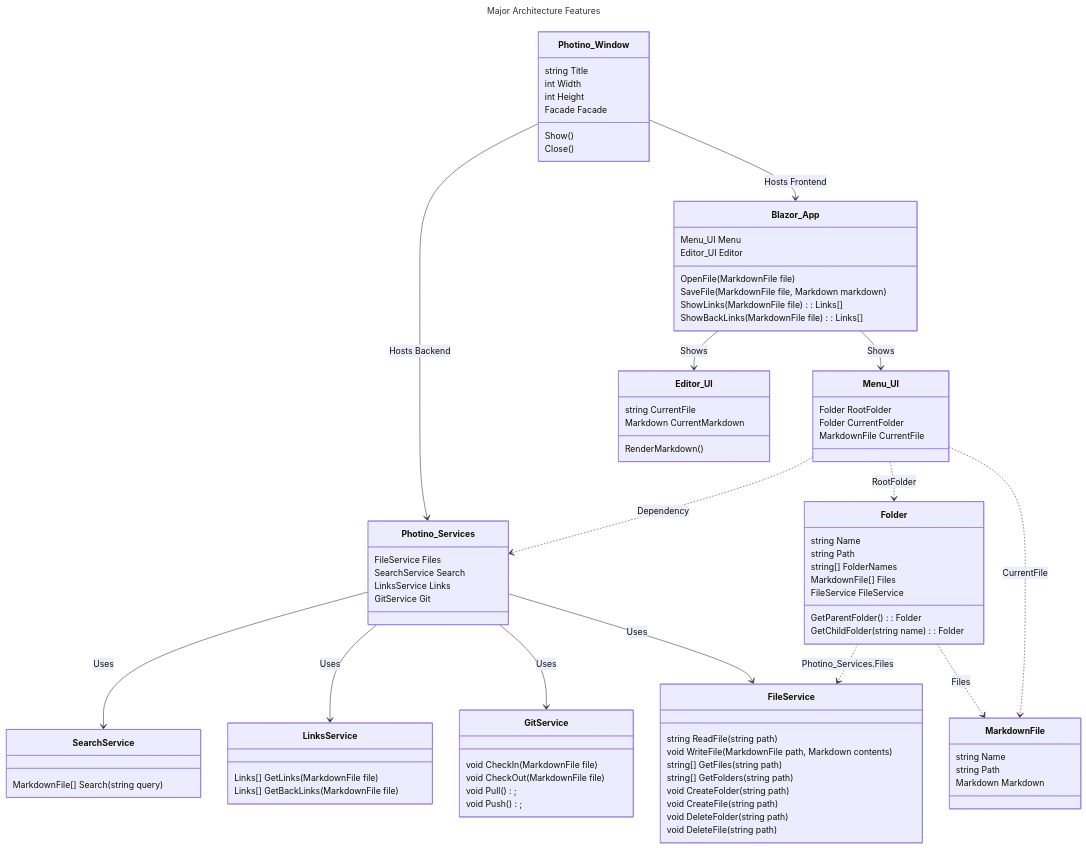
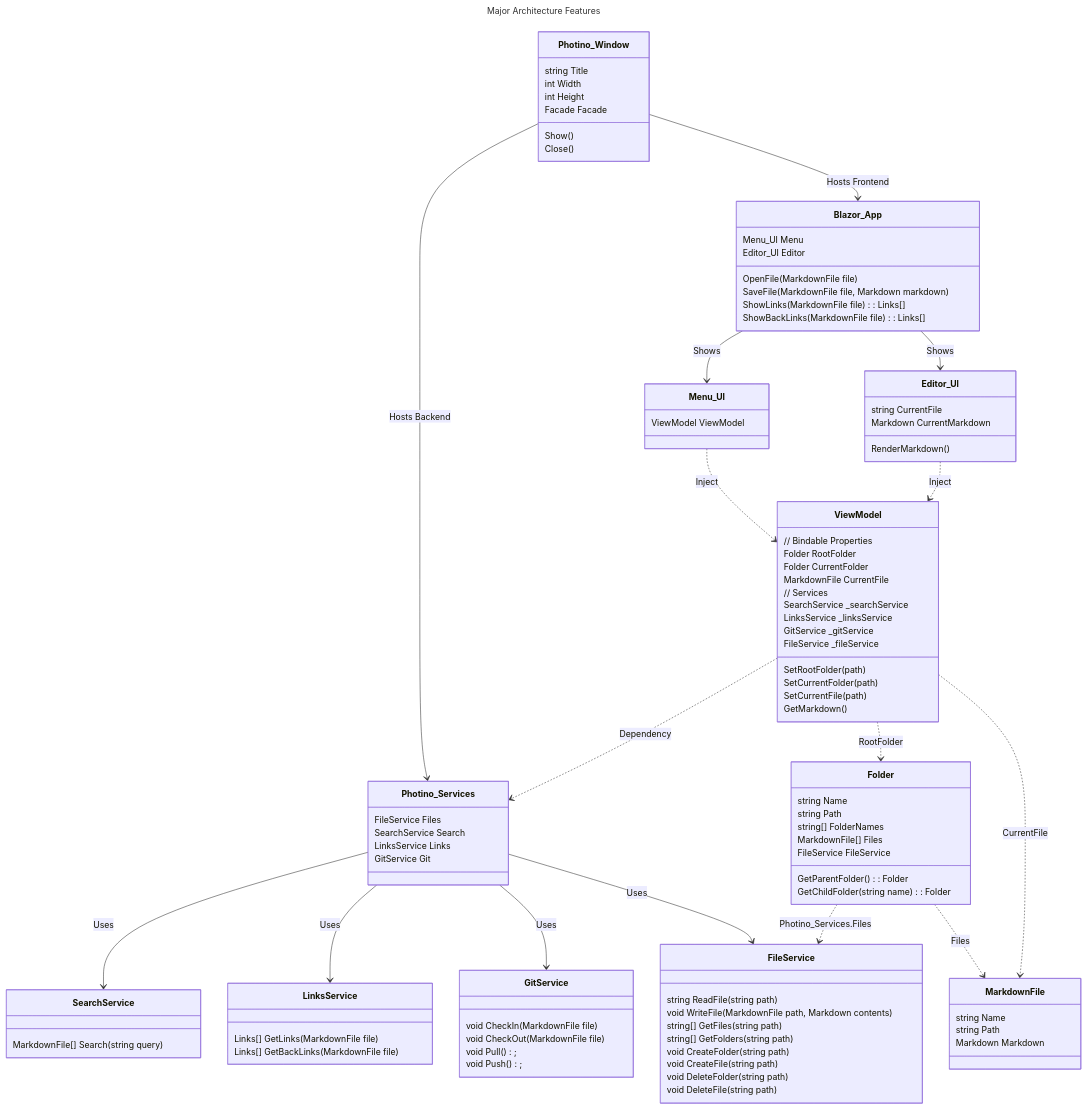
The diagram in Design/core-architecture-classes.md (Seth-Ewer/MkDown-Office), drawn with Mermaid before and after one commit. The commit also changed 4 other files, not shown here.

Commit message:
Stubs for ViewModel

```diff
--- a/Design/core-architecture-classes.md
+++ b/Design/core-architecture-classes.md
@@ -42,7 +42,25 @@
   GitService Git
 }
 Photino_Window --> Photino_Services : Hosts Backend
-Menu_UI ..> Photino_Services : Dependency
+ViewModel ..> Photino_Services : Dependency
+
+class ViewModel {
+  // Bindable Properties
+  Folder RootFolder
+  Folder CurrentFolder
+  MarkdownFile CurrentFile  
+  // Services
+  SearchService _searchService
+  LinksService _linksService
+  GitService _gitService
+  FileService _fileService
+  SetRootFolder(path)
+  SetCurrentFolder(path)
+  SetCurrentFile(path)
+  GetMarkdown()
+}
+Menu_UI ..> ViewModel : Inject
+Editor_UI ..> ViewModel : Inject
 
 class SearchService {
   MarkdownFile[] Search(string query)
@@ -87,9 +105,7 @@
 Photino_Window --> Blazor_App : Hosts Frontend
 
 class Menu_UI {
-  Folder RootFolder
-  Folder CurrentFolder
-  MarkdownFile CurrentFile
+  ViewModel ViewModel
 }
 Blazor_App --> Menu_UI : Shows
 
@@ -102,7 +118,7 @@
   GetParentFolder(): Folder
   GetChildFolder(string name): Folder
 }
-Menu_UI ..> Folder : RootFolder
+ViewModel ..> Folder : RootFolder
 
 class MarkdownFile {
   string Name
@@ -110,7 +126,7 @@
   Markdown Markdown
 }
 Folder ..> MarkdownFile : Files
-Menu_UI ..> MarkdownFile : CurrentFile
+ViewModel ..> MarkdownFile : CurrentFile
 
 class Editor_UI {
   string CurrentFile
```
